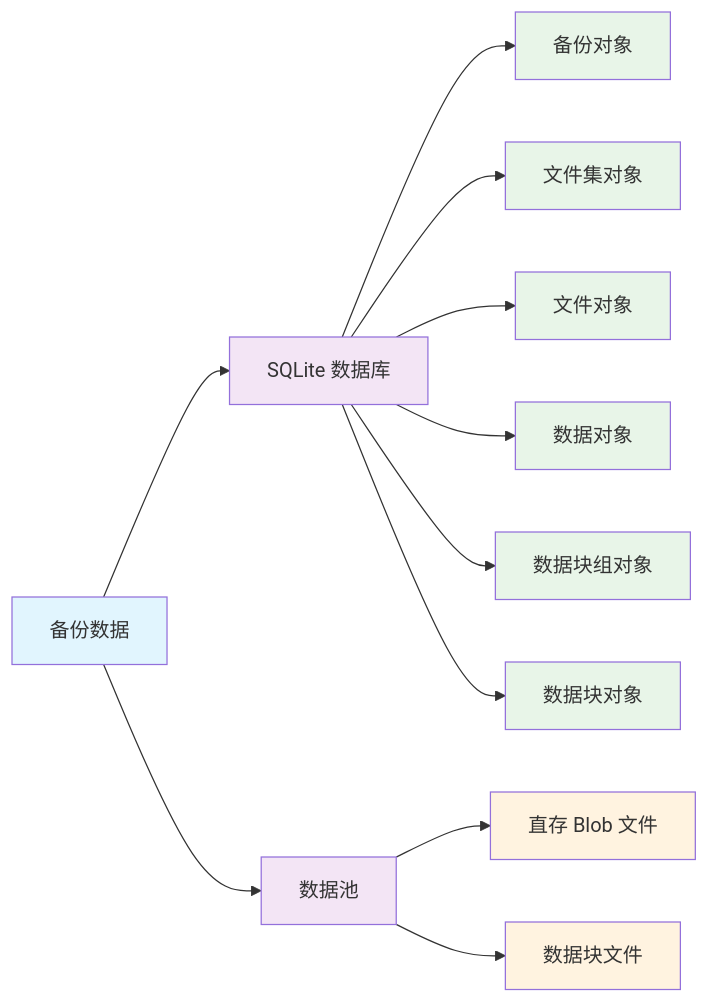
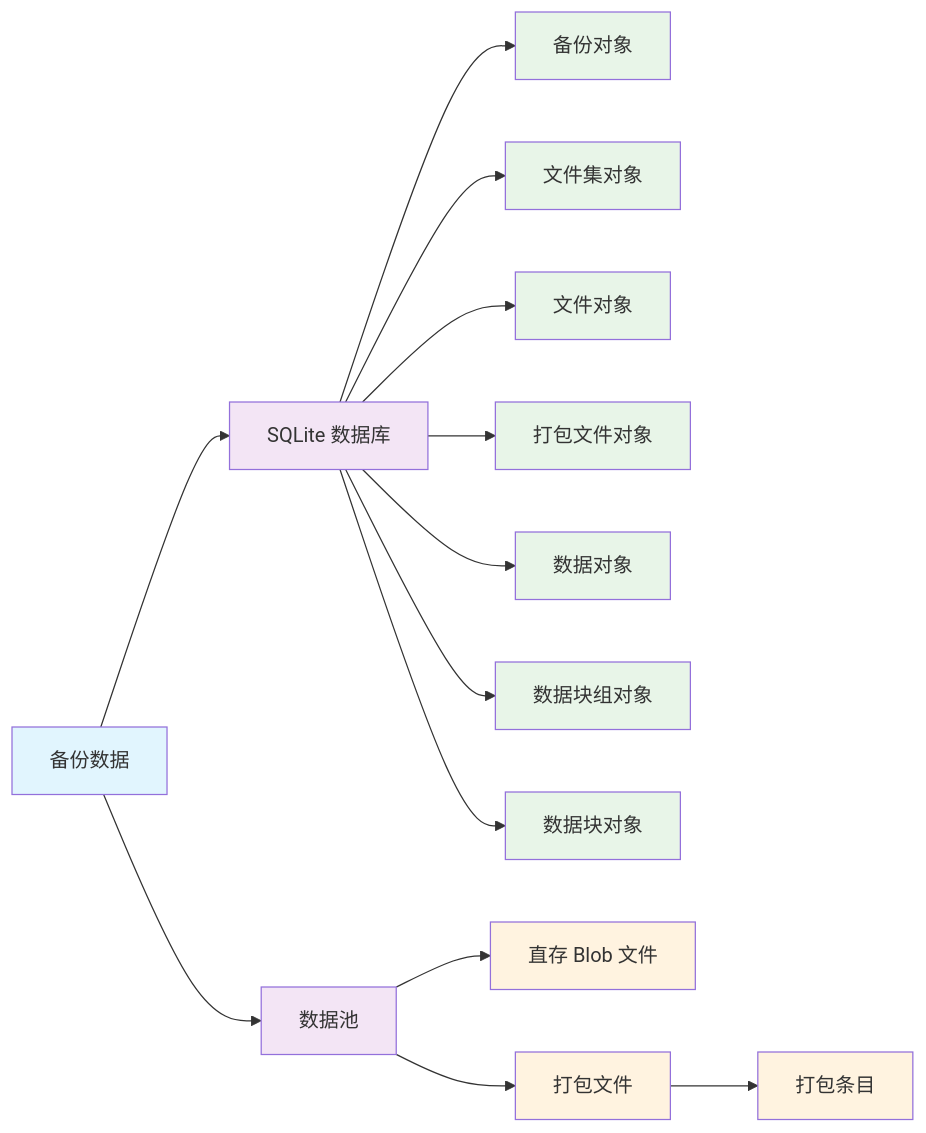
Before and after one commit to TISUnion/PrimeBackup: the second of 2 diagrams in docs/concept/storage_structure.zh.md, drawn with Mermaid. The commit also changed other lines of this file and 52 other files, not shown here.

````diff
--- a/docs/concept/storage_structure.zh.md
+++ b/docs/concept/storage_structure.zh.md
@@ -104,27 +113,31 @@
 ```mermaid
 graph LR
     A[备份数据] --> DB[SQLite 数据库]
     A --> blob_pool[数据池]
 
     DB --> backup[备份对象]
     DB --> fileset[文件集对象]
     DB --> file[文件对象]
+    DB --> pack[打包文件对象]
     DB --> blob[数据对象]
     DB --> chunk_group[数据块组对象]
     DB --> chunk[数据块对象]
 
     blob_pool --> blob_storage[直存 Blob 文件]
-    blob_pool --> chunk_storage[数据块文件]
+    blob_pool --> pack_storage[打包文件]
+    pack_storage --> pack_entry[打包条目]
 
     style A fill:#e1f5fe
     style DB fill:#f3e5f5
     style blob_pool fill:#f3e5f5
     style backup fill:#e8f5e8
     style fileset fill:#e8f5e8
     style file fill:#e8f5e8
+    style pack fill:#e8f5e8
     style blob fill:#e8f5e8
     style chunk_group fill:#e8f5e8
     style chunk fill:#e8f5e8
     style blob_storage fill:#fff3e0
-    style chunk_storage fill:#fff3e0
+    style pack_storage fill:#fff3e0
+    style pack_entry fill:#fff3e0
 ```
````
